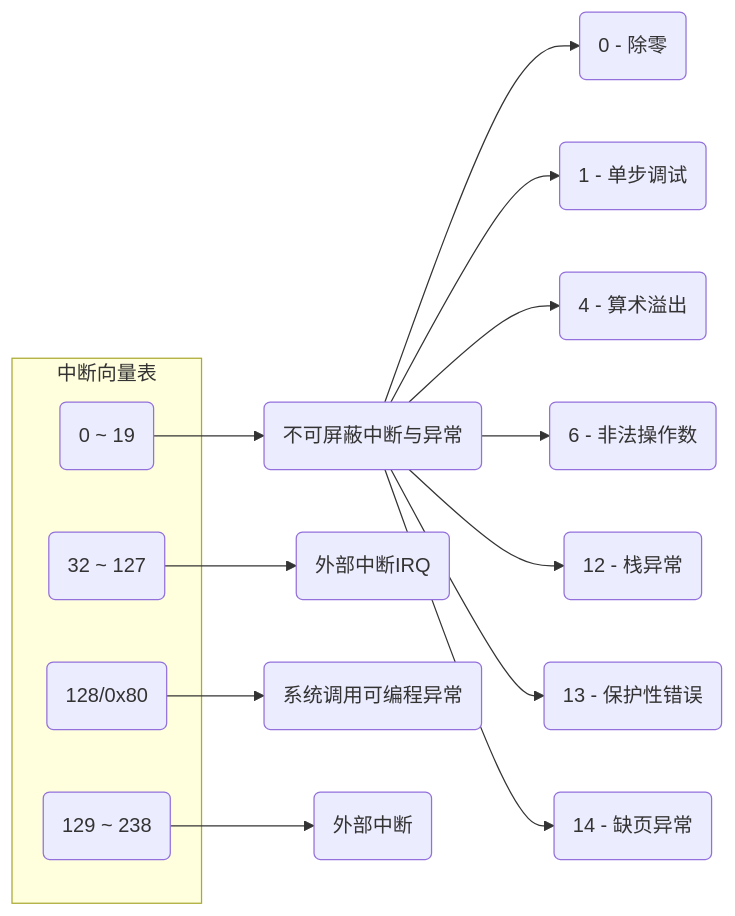
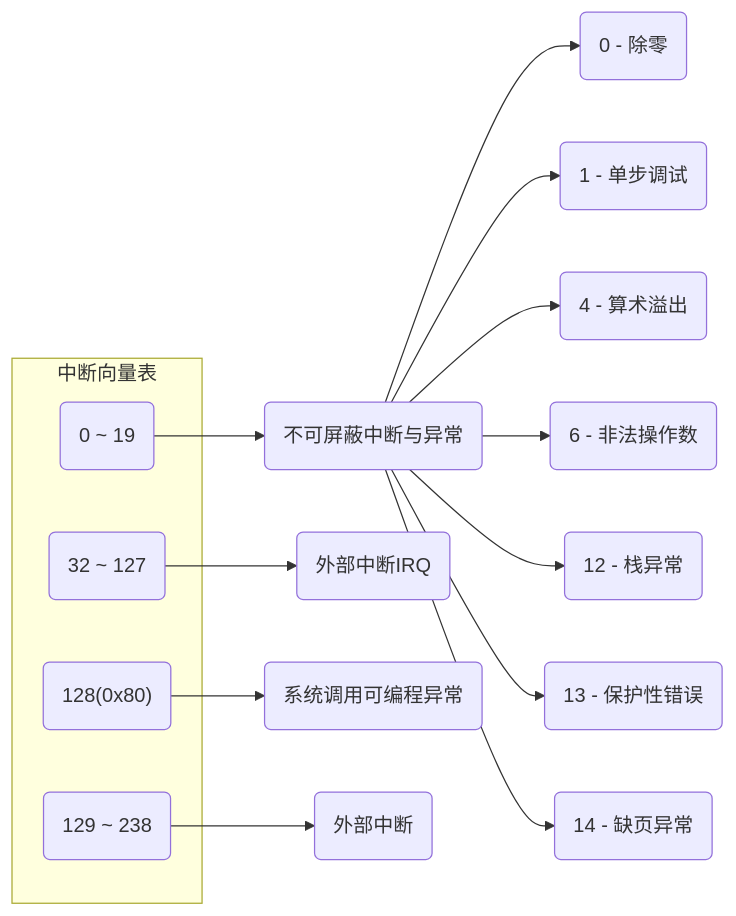
The fourth of 5 diagrams in _posts/operating_system/linux/system/2022-10-31-中断.md (dmjcb/dmjcb.github.io), drawn with Mermaid before and after one commit. The commit also changed other lines of this file and 19 other files, not shown here.

````diff
--- a/_posts/operating_system/linux/system/2022-10-31-中断.md
+++ b/_posts/operating_system/linux/system/2022-10-31-中断.md
@@ -133,27 +133,26 @@
 ```mermaid
 graph LR;
     subgraph 中断向量表
         A(0  ~ 19)
         B(32 ~ 127)
-        C(128/0x80)
+        C("128(0x80)")
         D(129 ~ 238)
     end
     
-
     A1(不可屏蔽中断与异常)
-        A1 --> A11(0 - 除零)
-        A1 --> A12(1 - 单步调试)
-        A1 --> A13(4 - 算术溢出)
-        A1 --> A14(6 - 非法操作数)
-        A1 --> A15(12 - 栈异常)
-        A1 --> A16(13 - 保护性错误)
-        A1 --> A17(14 - 缺页异常)
+        A1-->A11(0 - 除零)
+        A1-->A12(1 - 单步调试)
+        A1-->A13(4 - 算术溢出)
+        A1-->A14(6 - 非法操作数)
+        A1-->A15(12 - 栈异常)
+        A1-->A16(13 - 保护性错误)
+        A1-->A17(14 - 缺页异常)
     B1(外部中断IRQ)
     C1(系统调用可编程异常)
     D1(外部中断)
     
     A --> A1
     B --> B1
     C --> C1
     D --> D1
 ```
````
